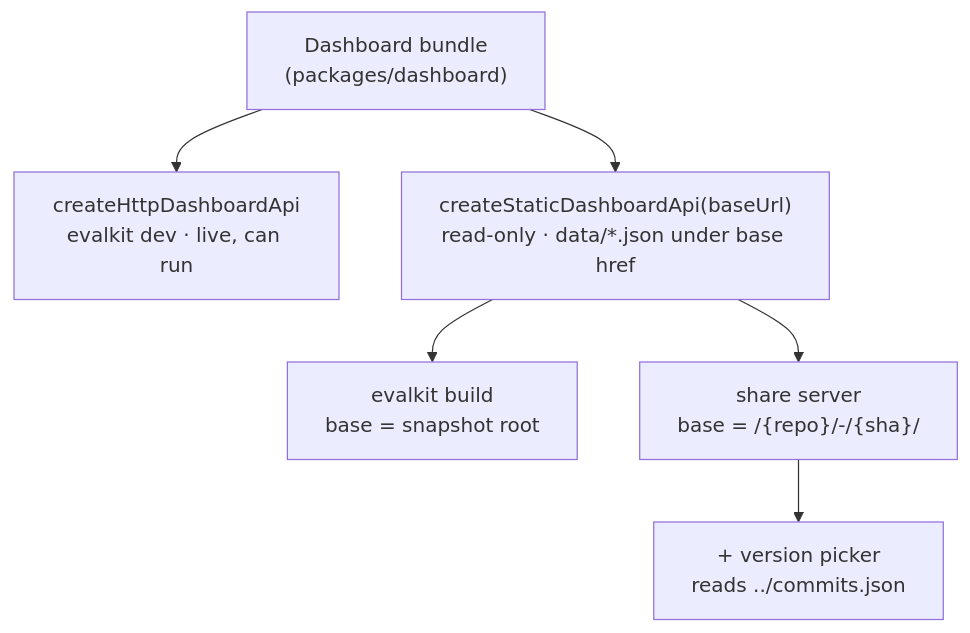
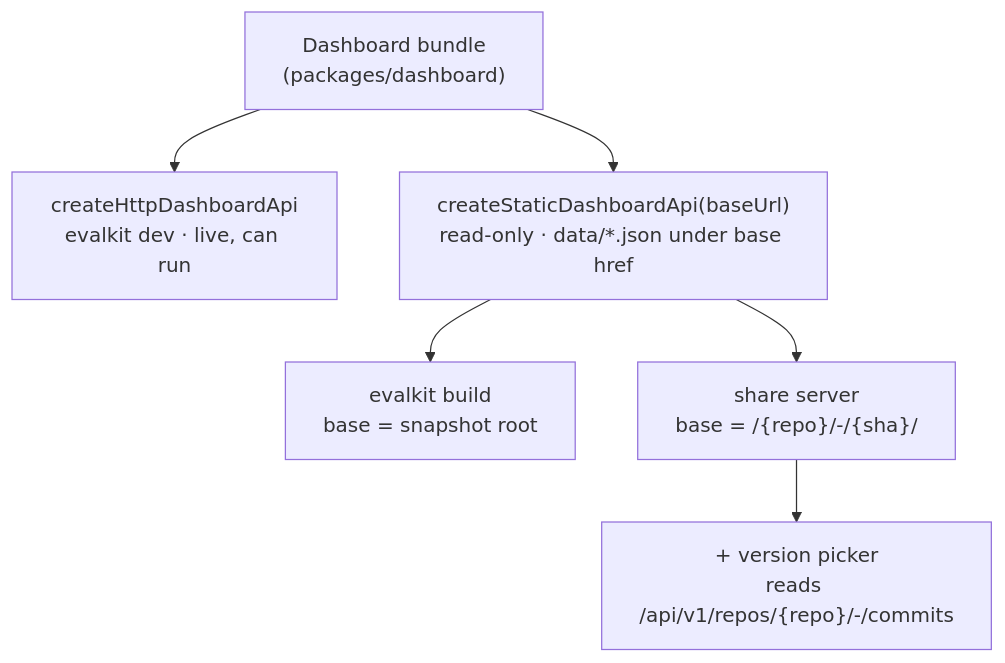
The seventh of 9 diagrams in docs/rfds/RFD0006-commit-provenance-and-share-server.md (leostera/evalkit), drawn with Mermaid before and after one commit. The commit also changed other lines of this file and 47 other files, not shown here.

````diff
--- a/docs/rfds/RFD0006-commit-provenance-and-share-server.md
+++ b/docs/rfds/RFD0006-commit-provenance-and-share-server.md
@@ -339,9 +342,9 @@
 ```mermaid
 flowchart TB
   ui["Dashboard bundle<br/>(packages/dashboard)"]
   ui --> live["createHttpDashboardApi<br/>evalkit dev · live, can run"]
   ui --> static["createStaticDashboardApi(baseUrl)<br/>read-only · data/*.json under base href"]
   static --> b["evalkit build<br/>base = snapshot root"]
   static --> s["share server<br/>base = /{repo}/-/{sha}/"]
-  s --> picker["+ version picker<br/>reads ../commits.json"]
+  s --> picker["+ version picker<br/>reads /api/v1/repos/{repo}/-/commits"]
 ```
````
